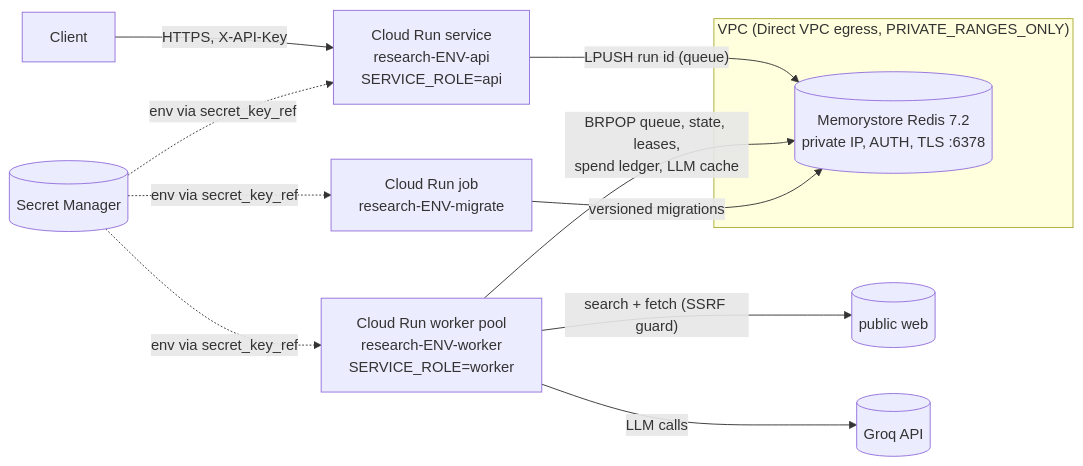
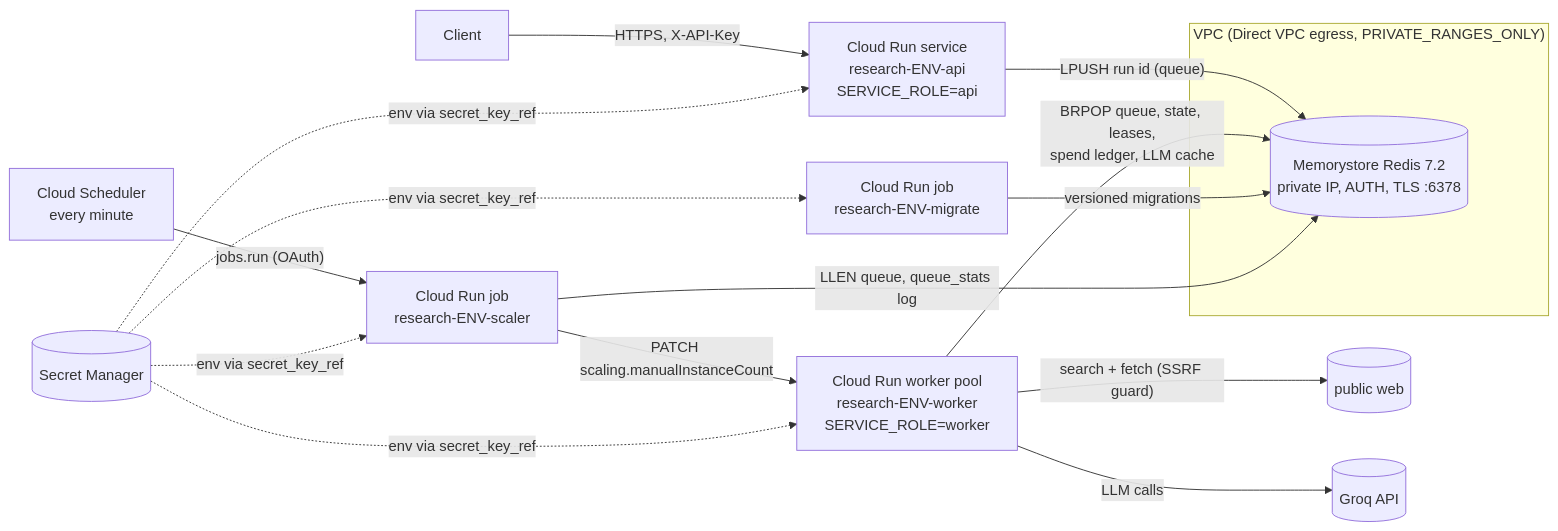
One commit to niravpatidar37/tracedresearch changed the diagram in docs/RUNBOOK.md. Above: the diagram before and after it, drawn with Mermaid. The commit also changed other lines of this file and 41 other files, not shown here.

````diff
--- a/docs/RUNBOOK.md
+++ b/docs/RUNBOOK.md
@@ -9,13 +9,16 @@
 ```mermaid
 flowchart LR
   U[Client] -->|HTTPS, X-API-Key| API["Cloud Run service<br/>research-ENV-api<br/>SERVICE_ROLE=api"]
   API -->|"LPUSH run id (queue)"| R[("Memorystore Redis 7.2<br/>private IP, AUTH, TLS :6378")]
   W["Cloud Run worker pool<br/>research-ENV-worker<br/>SERVICE_ROLE=worker"] -->|"BRPOP queue, state, leases,<br/>spend ledger, LLM cache"| R
   W -->|"search + fetch (SSRF guard)"| WEB[(public web)]
   W -->|LLM calls| GROQ[(Groq API)]
   J["Cloud Run job<br/>research-ENV-migrate"] -->|versioned migrations| R
-  SM[(Secret Manager)] -.->|"env via secret_key_ref"| API & W & J
+  CS["Cloud Scheduler<br/>every minute"] -->|"jobs.run (OAuth)"| SC["Cloud Run job<br/>research-ENV-scaler"]
+  SC -->|"LLEN queue, queue_stats log"| R
+  SC -->|"PATCH scaling.manualInstanceCount"| W
+  SM[(Secret Manager)] -.->|"env via secret_key_ref"| API & W & J & SC
   subgraph VPC["VPC (Direct VPC egress, PRIVATE_RANGES_ONLY)"]
     R
   end
 ```
````
